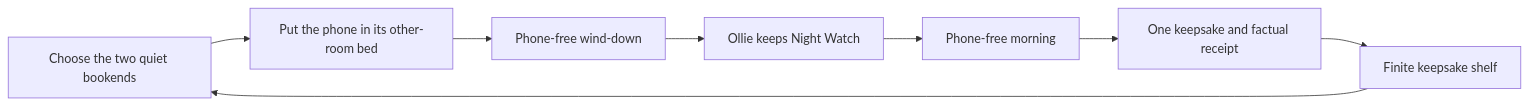
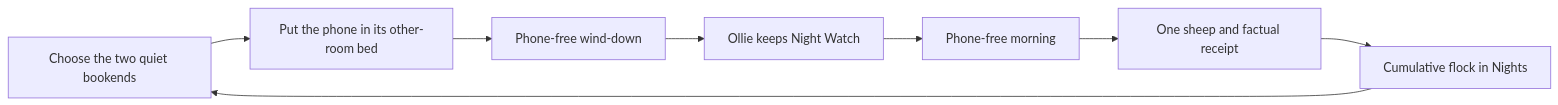
The diagram in docs/REWARDS.md (papermelon/phone-in-the-other-room), drawn with Mermaid before and after one commit. The commit also changed other lines of this file and 111 other files, not shown here.

````diff
--- a/docs/REWARDS.md
+++ b/docs/REWARDS.md
@@ -9,10 +9,10 @@
 ```mermaid
 flowchart LR
     Plan[Choose the two quiet bookends] --> Away[Put the phone in its other-room bed]
     Away --> Evening[Phone-free wind-down]
     Evening --> Night[Ollie keeps Night Watch]
     Night --> Morning[Phone-free morning]
-    Morning --> Reveal[One keepsake and factual receipt]
-    Reveal --> Shelf[Finite keepsake shelf]
-    Shelf --> Plan
+    Morning --> Arrival[One sheep and factual receipt]
+    Arrival --> Nights[Cumulative flock in Nights]
+    Nights --> Plan
 ```
````
